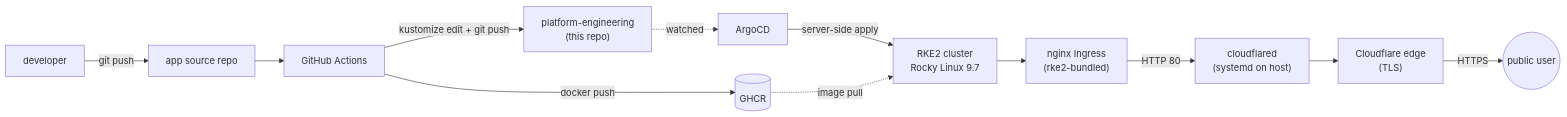
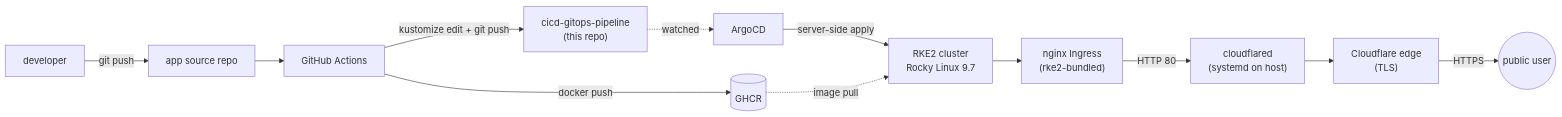
One commit to alexmchughdev/cicd-gitops-pipeline changed the diagram in docs/diagrams/diagram-architecture-overview.mmd. Above: the diagram before and after it, drawn with Mermaid. The commit also changed 8 other files, not shown here.

First line of the commit message:
docs: update repo references after rename to cicd-gitops-pipeline

```diff
--- a/docs/diagrams/diagram-architecture-overview.mmd
+++ b/docs/diagrams/diagram-architecture-overview.mmd
@@ -1,24 +1,24 @@
 flowchart LR
   dev["developer"]
   appRepo["app source repo"]
   ci["GitHub Actions"]
   ghcr[("GHCR")]
-  manifest["platform-engineering<br/>(this repo)"]
+  manifest["cicd-gitops-pipeline<br/>(this repo)"]
   argocd["ArgoCD"]
   rke2["RKE2 cluster<br/>Rocky Linux 9.7"]
   nginx["nginx Ingress<br/>(rke2-bundled)"]
   cfd["cloudflared<br/>(systemd on host)"]
   cf["Cloudflare edge<br/>(TLS)"]
   user(("public user"))
 
   dev -- git push --> appRepo
   appRepo --> ci
   ci -- docker push --> ghcr
   ci -- "kustomize edit + git push" --> manifest
   manifest -. watched .-> argocd
   argocd -- "server-side apply" --> rke2
   ghcr -. image pull .-> rke2
   rke2 --> nginx
   nginx -- "HTTP 80" --> cfd
   cfd --> cf
   cf -- HTTPS --> user
```
